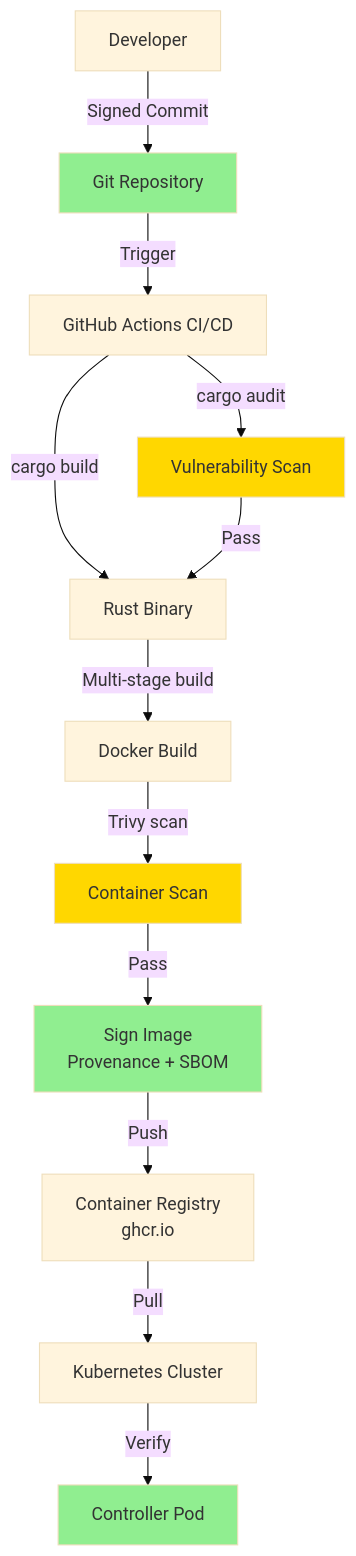
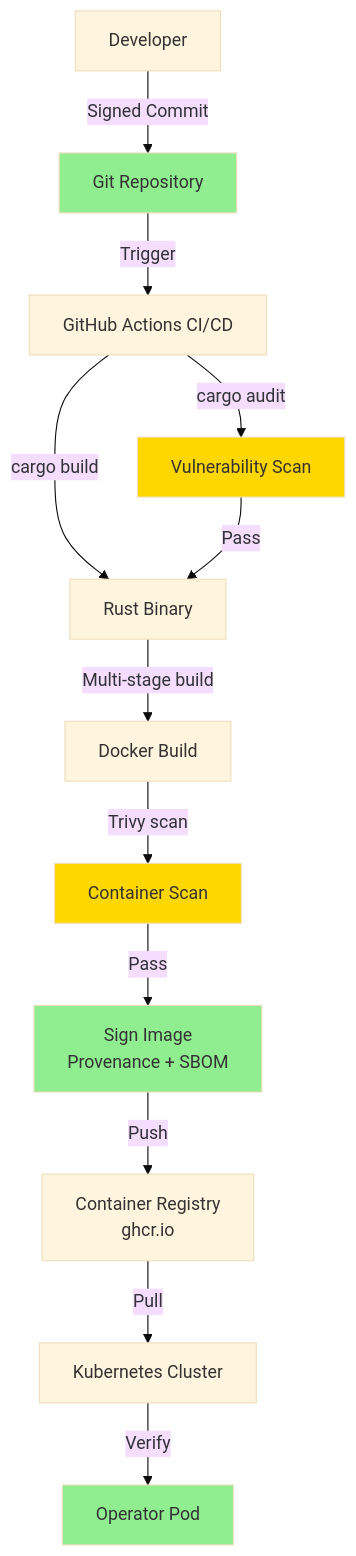
Before and after one commit to firestoned/bindy: the fourth of 9 diagrams in docs/security/ARCHITECTURE.md, drawn with Mermaid (base theme). The commit also changed other lines of this file and 150 other files, not shown here.

Commit message:
Change the occurences from controller to operator (#83)

````diff
--- a/docs/security/ARCHITECTURE.md
+++ b/docs/security/ARCHITECTURE.md
@@ -243,20 +243,20 @@
 ```mermaid
 flowchart TD
     Dev[Developer] -->|Signed Commit| Git[Git Repository]
     Git -->|Trigger| CI[GitHub Actions CI/CD]
     CI -->|cargo build| Bin[Rust Binary]
     CI -->|cargo audit| Audit[Vulnerability Scan]
     Audit -->|Pass| Bin
     Bin -->|Multi-stage build| Docker[Docker Build]
     Docker -->|Trivy scan| Scan[Container Scan]
     Scan -->|Pass| Sign[Sign Image<br/>Provenance + SBOM]
     Sign -->|Push| Reg[Container Registry<br/>ghcr.io]
     Reg -->|Pull| K8s[Kubernetes Cluster]
-    K8s -->|Verify| Pod[Controller Pod]
+    K8s -->|Verify| Pod[Operator Pod]
 
     style Git fill:#90EE90
     style Audit fill:#FFD700
     style Scan fill:#FFD700
     style Sign fill:#90EE90
     style Pod fill:#90EE90
 ```
````
